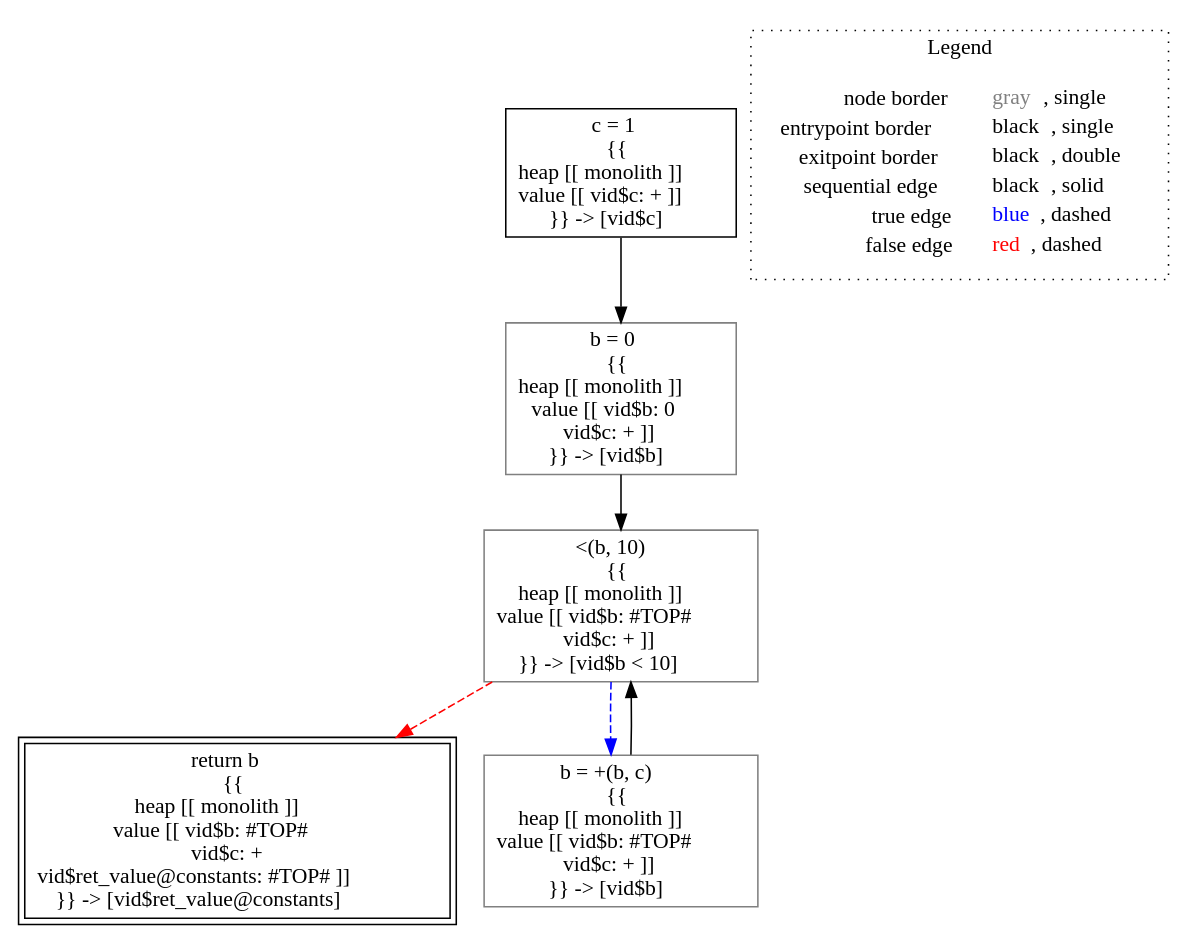
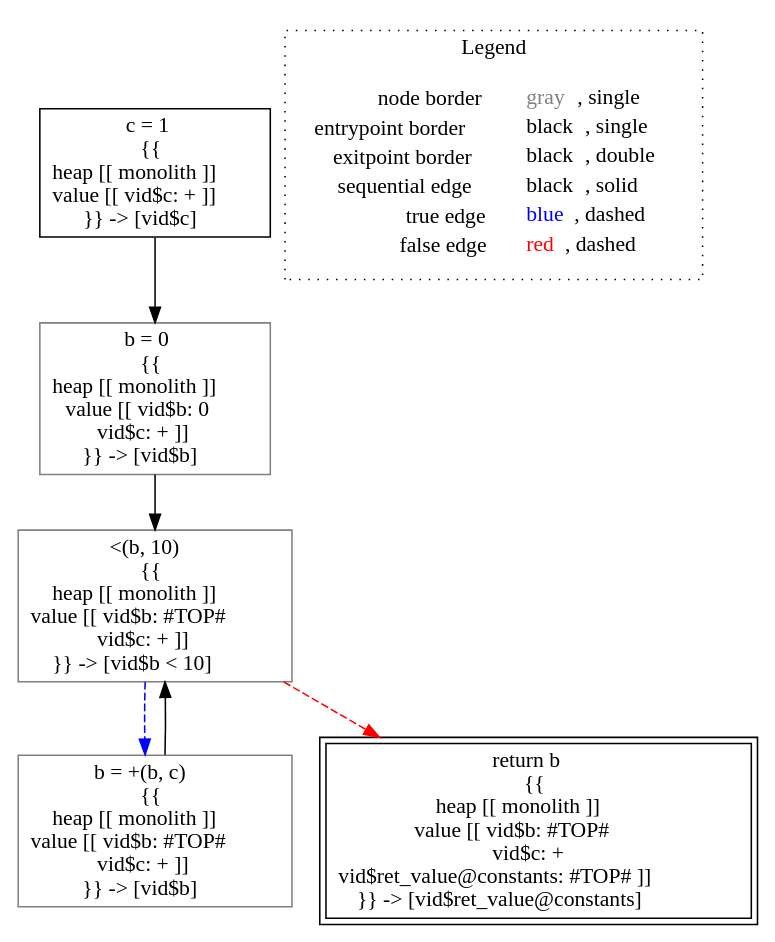
One commit to lisa-analyzer/lisa changed the diagram in lisa/imp-testcases/sign/analysis___untyped_tutorial.constants().dot. Above: the diagram before and after it, drawn with Graphviz. The commit also changed 29 other files, not shown here.

```diff
--- a/lisa/imp-testcases/sign/analysis___untyped_tutorial.constants().dot
+++ b/lisa/imp-testcases/sign/analysis___untyped_tutorial.constants().dot
@@ -1,19 +1,19 @@
 digraph {
 	"node0" [shape="rect",color="black",label=<c = 1<BR/>{{<BR/>heap [[ monolith ]]<BR/>value [[ vid$c: + ]]<BR/>}} -&gt; [vid$c]>];
-	"node1" [shape="rect",color="black",peripheries="2",label=<return b<BR/>{{<BR/>heap [[ monolith ]]<BR/>value [[ vid$b: #TOP#<BR/>vid$c: +<BR/>vid$ret_value@constants: #TOP# ]]<BR/>}} -&gt; [vid$ret_value@constants]>];
+	"node1" [shape="rect",color="gray",label=<b = 0<BR/>{{<BR/>heap [[ monolith ]]<BR/>value [[ vid$b: 0<BR/>vid$c: + ]]<BR/>}} -&gt; [vid$b]>];
 	"node2" [shape="rect",color="gray",label=<&lt;(b, 10)<BR/>{{<BR/>heap [[ monolith ]]<BR/>value [[ vid$b: #TOP#<BR/>vid$c: + ]]<BR/>}} -&gt; [vid$b &lt; 10]>];
-	"node3" [shape="rect",color="gray",label=<b = 0<BR/>{{<BR/>heap [[ monolith ]]<BR/>value [[ vid$b: 0<BR/>vid$c: + ]]<BR/>}} -&gt; [vid$b]>];
-	"node4" [shape="rect",color="gray",label=<b = +(b, c)<BR/>{{<BR/>heap [[ monolith ]]<BR/>value [[ vid$b: #TOP#<BR/>vid$c: + ]]<BR/>}} -&gt; [vid$b]>];
-	"node2" -> "node1" [color="red",style="dashed"];
-	"node2" -> "node4" [color="blue",style="dashed"];
-	"node0" -> "node3" [color="black"];
+	"node3" [shape="rect",color="gray",label=<b = +(b, c)<BR/>{{<BR/>heap [[ monolith ]]<BR/>value [[ vid$b: #TOP#<BR/>vid$c: + ]]<BR/>}} -&gt; [vid$b]>];
+	"node4" [shape="rect",color="black",peripheries="2",label=<return b<BR/>{{<BR/>heap [[ monolith ]]<BR/>value [[ vid$b: #TOP#<BR/>vid$c: +<BR/>vid$ret_value@constants: #TOP# ]]<BR/>}} -&gt; [vid$ret_value@constants]>];
+	"node1" -> "node2" [color="black"];
+	"node2" -> "node3" [color="blue",style="dashed"];
+	"node2" -> "node4" [color="red",style="dashed"];
+	"node0" -> "node1" [color="black"];
 	"node3" -> "node2" [color="black"];
-	"node4" -> "node2" [color="black"];
 subgraph cluster_legend {
 	label="Legend";
 	style=dotted;
 	node [shape=plaintext];
 	"legend" [label=<<table border="0" cellpadding="2" cellspacing="0" cellborder="0"><tr><td align="right">node border&nbsp;</td><td align="left"><font color="gray">gray</font>, single</td></tr><tr><td align="right">entrypoint border&nbsp;</td><td align="left"><font color="black">black</font>, single</td></tr><tr><td align="right">exitpoint border&nbsp;</td><td align="left"><font color="black">black</font>, double</td></tr><tr><td align="right">sequential edge&nbsp;</td><td align="left"><font color="black">black</font>, solid</td></tr><tr><td align="right">true edge&nbsp;</td><td align="left"><font color="blue">blue</font>, dashed</td></tr><tr><td align="right">false edge&nbsp;</td><td align="left"><font color="red">red</font>, dashed</td></tr></table>>];
 }
 
 }
```
